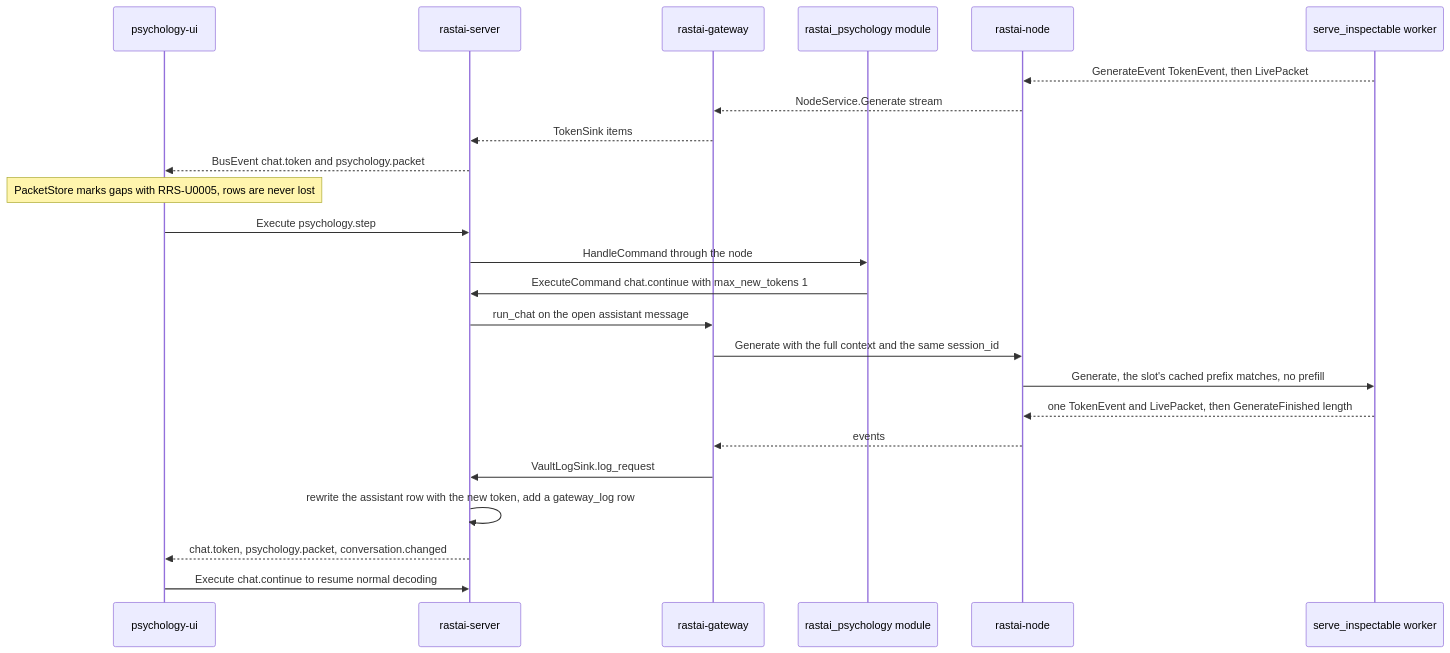
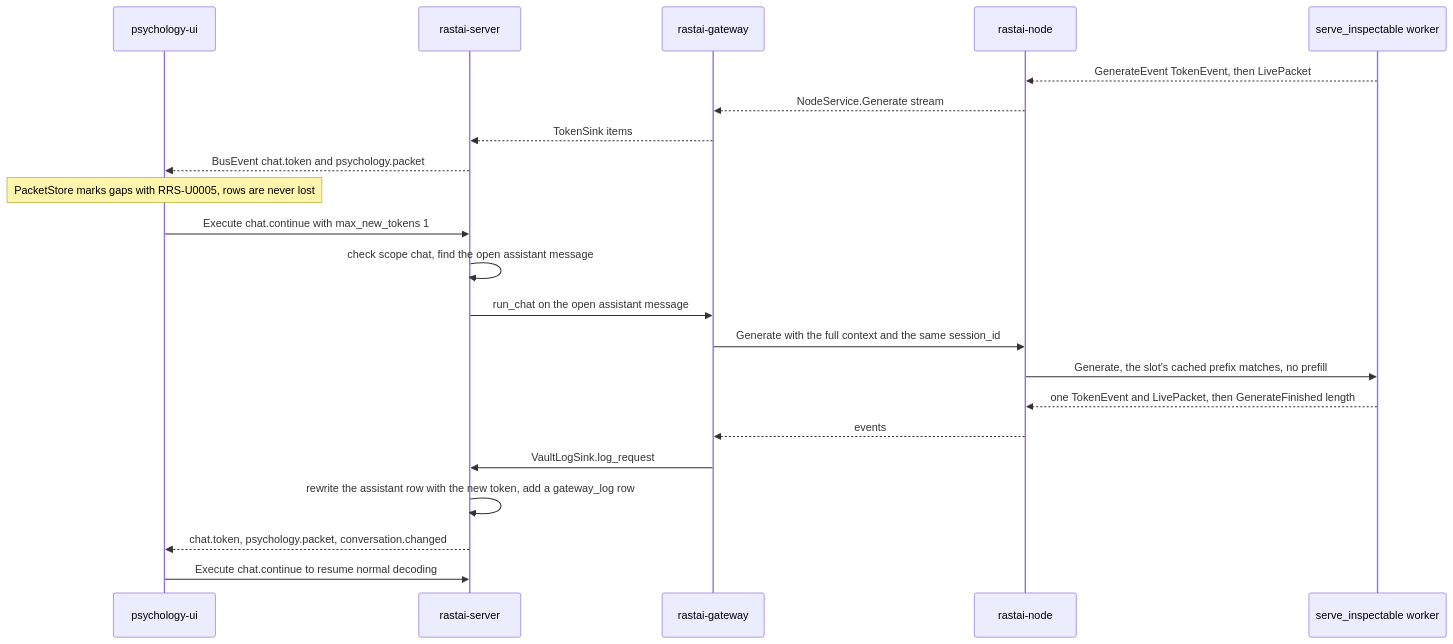
One commit to Snubiss/RASTAI-Research-Studio changed diagram 18 of 31 in docs/architecture/flows/inference-psychology.md. Above: the diagram before and after it, drawn with Mermaid. The commit also changed other lines of this file and 44 other files, not shown here.

````diff
--- a/docs/architecture/flows/inference-psychology.md
+++ b/docs/architecture/flows/inference-psychology.md
@@ -1115,26 +1140,24 @@
 ```mermaid
 sequenceDiagram
   participant UI as psychology-ui
   participant SRV as rastai-server
   participant GW as rastai-gateway
-  participant PM as rastai_psychology module
   participant NODE as rastai-node
   participant W as serve_inspectable worker
   W-->>NODE: GenerateEvent TokenEvent, then LivePacket
   NODE-->>GW: NodeService.Generate stream
   GW-->>SRV: TokenSink items
   SRV-->>UI: BusEvent chat.token and psychology.packet
   Note over UI: PacketStore marks gaps with RRS-U0005, rows are never lost
-  UI->>SRV: Execute psychology.step
-  SRV->>PM: HandleCommand through the node
-  PM->>SRV: ExecuteCommand chat.continue with max_new_tokens 1
+  UI->>SRV: Execute chat.continue with max_new_tokens 1
+  SRV->>SRV: check scope chat, find the open assistant message
   SRV->>GW: run_chat on the open assistant message
   GW->>NODE: Generate with the full context and the same session_id
   NODE->>W: Generate, the slot's cached prefix matches, no prefill
   W-->>NODE: one TokenEvent and LivePacket, then GenerateFinished length
   NODE-->>GW: events
   GW->>SRV: VaultLogSink.log_request
   SRV->>SRV: rewrite the assistant row with the new token, add a gateway_log row
   SRV-->>UI: chat.token, psychology.packet, conversation.changed
   UI->>SRV: Execute chat.continue to resume normal decoding
 ```
````
